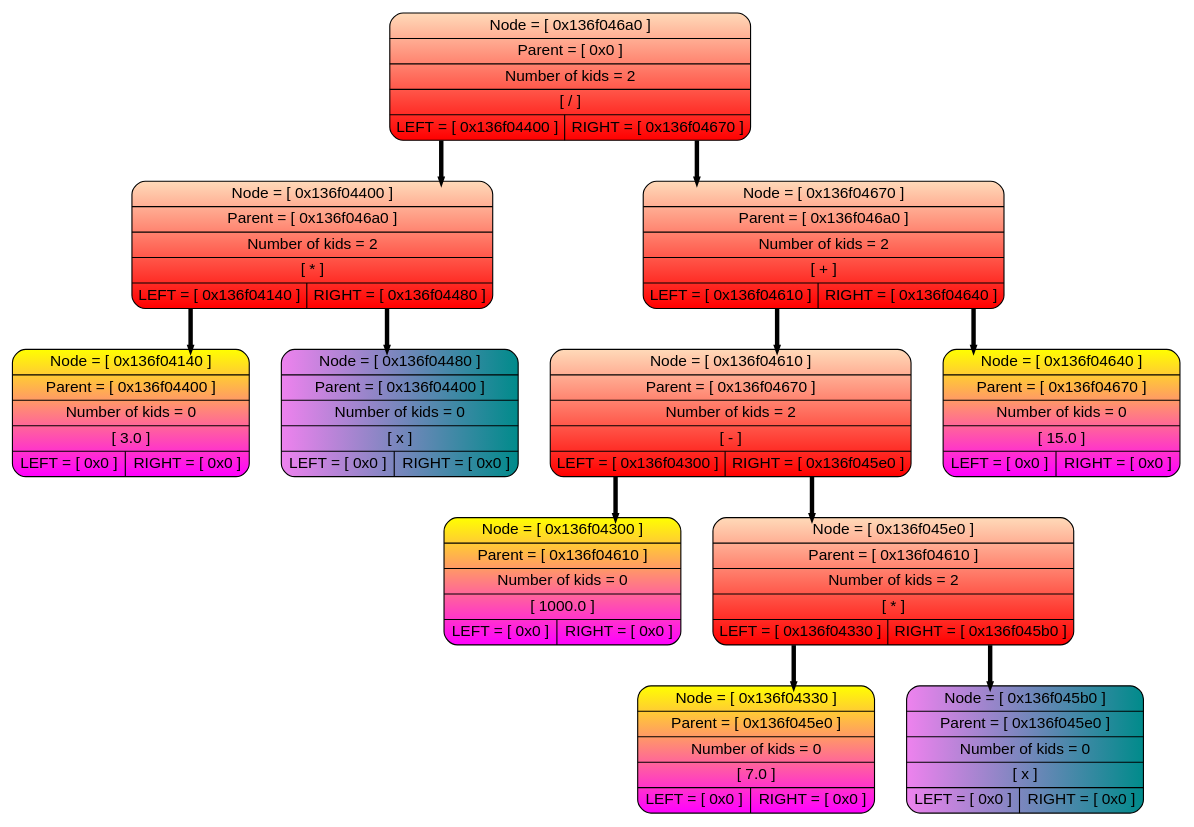
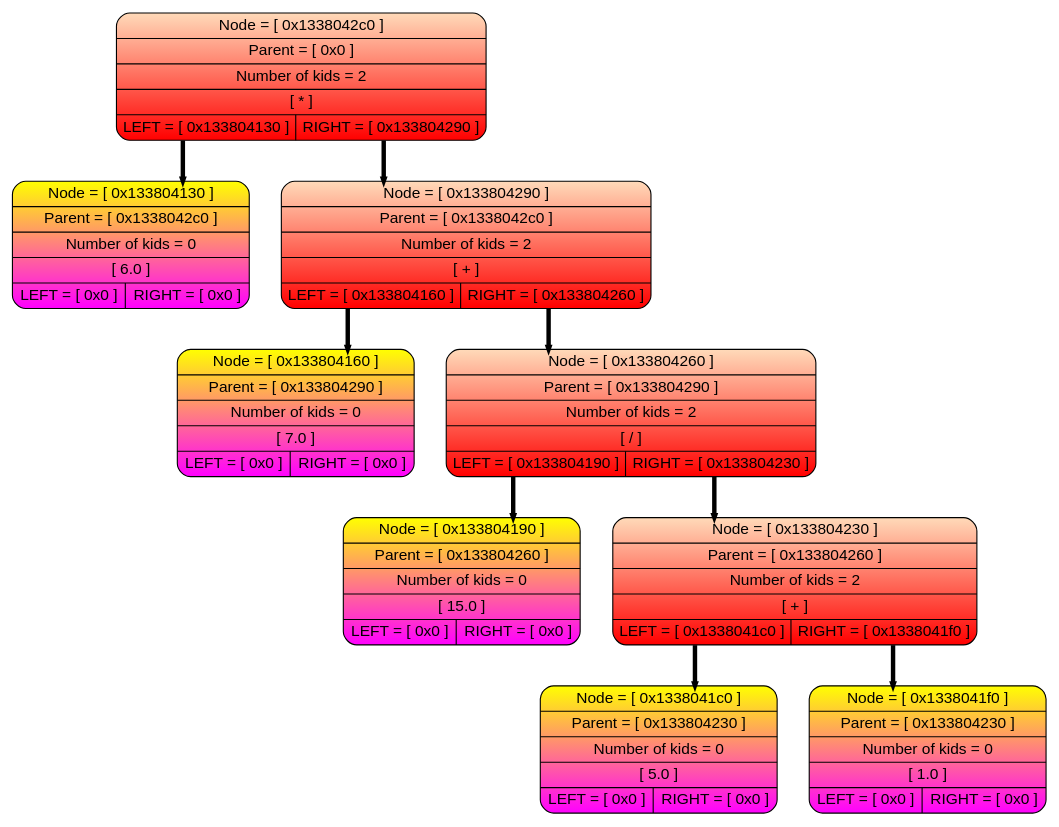
One commit to livlavr/Differentiator changed the diagram in Dump-source/dump.dot. Above: the diagram before and after it, drawn with Graphviz. The commit also changed 8 other files, not shown here.

```diff
--- a/Dump-source/dump.dot
+++ b/Dump-source/dump.dot
@@ -1,28 +1,24 @@
 digraph tree{
 splines=ortho;
 rankdir=HR;
 nodesep=0.4;
 node [shape=record, fontname="Arial"];
 edge [style=bold, color="black", weight=10, penwidth=4, arrowsize=0.2];
-P0x136f046a0 [style = "filled, rounded", fillcolor="peachpuff:red" gradientangle=270,label=" {Node = [ 0x136f046a0 ] | Parent = [ 0x0 ] | Number of kids = 2 |[ / ] | { <l> LEFT = [ 0x136f04400 ] | <r> RIGHT = [ 0x136f04670 ]}}" ];
-P0x136f04400 [style = "filled, rounded", fillcolor="peachpuff:red" gradientangle=270,label=" {Node = [ 0x136f04400 ] | Parent = [ 0x136f046a0 ] | Number of kids = 2 |[ * ] | { <l> LEFT = [ 0x136f04140 ] | <r> RIGHT = [ 0x136f04480 ]}}" ];
-P0x136f04140 [style = "filled, rounded", fillcolor="yellow:magenta" gradientangle=270,label=" {Node = [ 0x136f04140 ] | Parent = [ 0x136f04400 ] | Number of kids = 0 | [ 3.0 ] | { <l> LEFT = [ 0x0 ] | <r> RIGHT = [ 0x0 ]}}" ];
-P0x136f04480 [style = "filled, rounded", fillcolor="violet:darkcyan"label=" {Node = [ 0x136f04480 ] | Parent = [ 0x136f04400 ] | Number of kids = 0 |[ x ] | { <l> LEFT = [ 0x0 ] | <r> RIGHT = [ 0x0 ]}}" ];
-P0x136f04400:<l> -> P0x136f04140
-P0x136f04400:<r> -> P0x136f04480
-P0x136f04670 [style = "filled, rounded", fillcolor="peachpuff:red" gradientangle=270,label=" {Node = [ 0x136f04670 ] | Parent = [ 0x136f046a0 ] | Number of kids = 2 |[ + ] | { <l> LEFT = [ 0x136f04610 ] | <r> RIGHT = [ 0x136f04640 ]}}" ];
-P0x136f04610 [style = "filled, rounded", fillcolor="peachpuff:red" gradientangle=270,label=" {Node = [ 0x136f04610 ] | Parent = [ 0x136f04670 ] | Number of kids = 2 |[ - ] | { <l> LEFT = [ 0x136f04300 ] | <r> RIGHT = [ 0x136f045e0 ]}}" ];
-P0x136f04300 [style = "filled, rounded", fillcolor="yellow:magenta" gradientangle=270,label=" {Node = [ 0x136f04300 ] | Parent = [ 0x136f04610 ] | Number of kids = 0 | [ 1000.0 ] | { <l> LEFT = [ 0x0 ] | <r> RIGHT = [ 0x0 ]}}" ];
-P0x136f045e0 [style = "filled, rounded", fillcolor="peachpuff:red" gradientangle=270,label=" {Node = [ 0x136f045e0 ] | Parent = [ 0x136f04610 ] | Number of kids = 2 |[ * ] | { <l> LEFT = [ 0x136f04330 ] | <r> RIGHT = [ 0x136f045b0 ]}}" ];
-P0x136f04330 [style = "filled, rounded", fillcolor="yellow:magenta" gradientangle=270,label=" {Node = [ 0x136f04330 ] | Parent = [ 0x136f045e0 ] | Number of kids = 0 | [ 7.0 ] | { <l> LEFT = [ 0x0 ] | <r> RIGHT = [ 0x0 ]}}" ];
-P0x136f045b0 [style = "filled, rounded", fillcolor="violet:darkcyan"label=" {Node = [ 0x136f045b0 ] | Parent = [ 0x136f045e0 ] | Number of kids = 0 |[ x ] | { <l> LEFT = [ 0x0 ] | <r> RIGHT = [ 0x0 ]}}" ];
-P0x136f045e0:<l> -> P0x136f04330
-P0x136f045e0:<r> -> P0x136f045b0
-P0x136f04610:<l> -> P0x136f04300
-P0x136f04610:<r> -> P0x136f045e0
-P0x136f04640 [style = "filled, rounded", fillcolor="yellow:magenta" gradientangle=270,label=" {Node = [ 0x136f04640 ] | Parent = [ 0x136f04670 ] | Number of kids = 0 | [ 15.0 ] | { <l> LEFT = [ 0x0 ] | <r> RIGHT = [ 0x0 ]}}" ];
-P0x136f04670:<l> -> P0x136f04610
-P0x136f04670:<r> -> P0x136f04640
-P0x136f046a0:<l> -> P0x136f04400
-P0x136f046a0:<r> -> P0x136f04670
+P0x1338042c0 [style = "filled, rounded", fillcolor="peachpuff:red" gradientangle=270,label=" {Node = [ 0x1338042c0 ] | Parent = [ 0x0 ] | Number of kids = 2 |[ * ] | { <l> LEFT = [ 0x133804130 ] | <r> RIGHT = [ 0x133804290 ]}}" ];
+P0x133804130 [style = "filled, rounded", fillcolor="yellow:magenta" gradientangle=270,label=" {Node = [ 0x133804130 ] | Parent = [ 0x1338042c0 ] | Number of kids = 0 | [ 6.0 ] | { <l> LEFT = [ 0x0 ] | <r> RIGHT = [ 0x0 ]}}" ];
+P0x133804290 [style = "filled, rounded", fillcolor="peachpuff:red" gradientangle=270,label=" {Node = [ 0x133804290 ] | Parent = [ 0x1338042c0 ] | Number of kids = 2 |[ + ] | { <l> LEFT = [ 0x133804160 ] | <r> RIGHT = [ 0x133804260 ]}}" ];
+P0x133804160 [style = "filled, rounded", fillcolor="yellow:magenta" gradientangle=270,label=" {Node = [ 0x133804160 ] | Parent = [ 0x133804290 ] | Number of kids = 0 | [ 7.0 ] | { <l> LEFT = [ 0x0 ] | <r> RIGHT = [ 0x0 ]}}" ];
+P0x133804260 [style = "filled, rounded", fillcolor="peachpuff:red" gradientangle=270,label=" {Node = [ 0x133804260 ] | Parent = [ 0x133804290 ] | Number of kids = 2 |[ / ] | { <l> LEFT = [ 0x133804190 ] | <r> RIGHT = [ 0x133804230 ]}}" ];
+P0x133804190 [style = "filled, rounded", fillcolor="yellow:magenta" gradientangle=270,label=" {Node = [ 0x133804190 ] | Parent = [ 0x133804260 ] | Number of kids = 0 | [ 15.0 ] | { <l> LEFT = [ 0x0 ] | <r> RIGHT = [ 0x0 ]}}" ];
+P0x133804230 [style = "filled, rounded", fillcolor="peachpuff:red" gradientangle=270,label=" {Node = [ 0x133804230 ] | Parent = [ 0x133804260 ] | Number of kids = 2 |[ + ] | { <l> LEFT = [ 0x1338041c0 ] | <r> RIGHT = [ 0x1338041f0 ]}}" ];
+P0x1338041c0 [style = "filled, rounded", fillcolor="yellow:magenta" gradientangle=270,label=" {Node = [ 0x1338041c0 ] | Parent = [ 0x133804230 ] | Number of kids = 0 | [ 5.0 ] | { <l> LEFT = [ 0x0 ] | <r> RIGHT = [ 0x0 ]}}" ];
+P0x1338041f0 [style = "filled, rounded", fillcolor="yellow:magenta" gradientangle=270,label=" {Node = [ 0x1338041f0 ] | Parent = [ 0x133804230 ] | Number of kids = 0 | [ 1.0 ] | { <l> LEFT = [ 0x0 ] | <r> RIGHT = [ 0x0 ]}}" ];
+P0x133804230:<l> -> P0x1338041c0
+P0x133804230:<r> -> P0x1338041f0
+P0x133804260:<l> -> P0x133804190
+P0x133804260:<r> -> P0x133804230
+P0x133804290:<l> -> P0x133804160
+P0x133804290:<r> -> P0x133804260
+P0x1338042c0:<l> -> P0x133804130
+P0x1338042c0:<r> -> P0x133804290
 }
```
